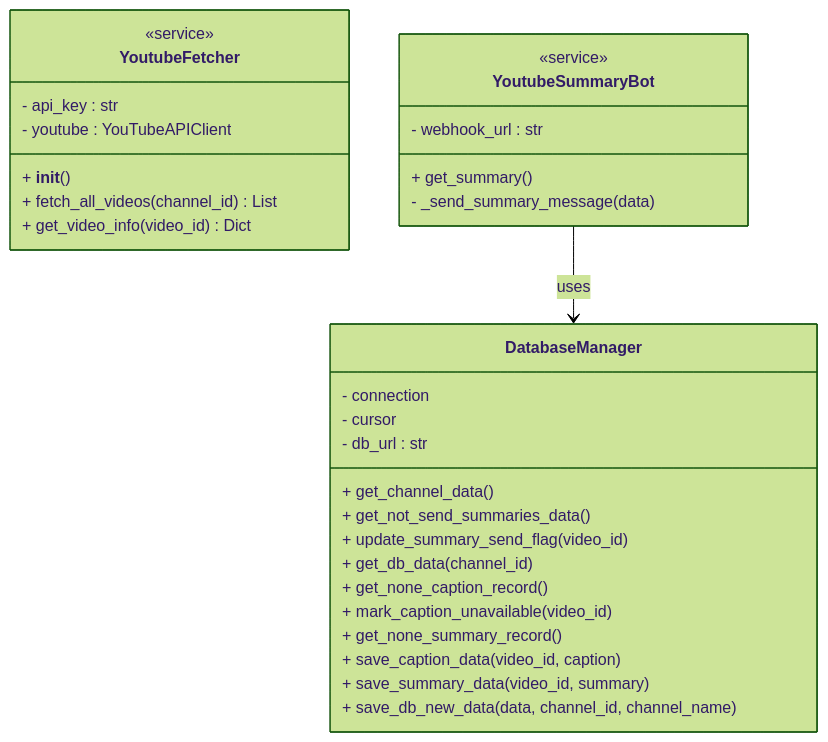
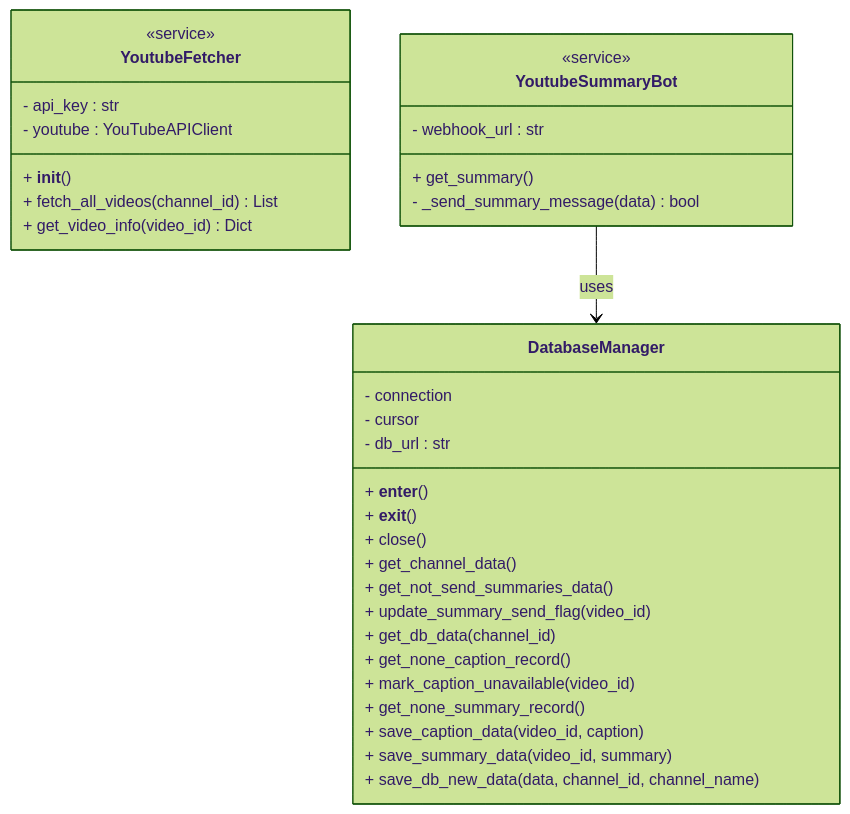
Before and after one commit to hoshimins/youtube_summary_bot: the diagram in document/class.md, drawn with Mermaid (forest theme). The commit also changed 4 other files, not shown here.

````diff
--- a/document/class.md
+++ b/document/class.md
@@ -1,36 +1,39 @@
 ```mermaid
 classDiagram
     class YoutubeFetcher {
         <<service>>
         - api_key : str
         - youtube : YouTubeAPIClient
         + __init__()
         + fetch_all_videos(channel_id) List
         + get_video_info(video_id) Dict
     }
 
     class YoutubeSummaryBot {
         <<service>>
         - webhook_url : str
         + get_summary()
-        - _send_summary_message(data)
+        - _send_summary_message(data) bool
     }
 
     class DatabaseManager {
         - connection
         - cursor
         - db_url : str
+        + __enter__()
+        + __exit__()
+        + close()
         + get_channel_data()
         + get_not_send_summaries_data()
         + update_summary_send_flag(video_id)
         + get_db_data(channel_id)
         + get_none_caption_record()
         + mark_caption_unavailable(video_id)
         + get_none_summary_record()
         + save_caption_data(video_id, caption)
         + save_summary_data(video_id, summary)
         + save_db_new_data(data, channel_id, channel_name)
     }
 
     YoutubeSummaryBot --> DatabaseManager : uses
 ```
````
